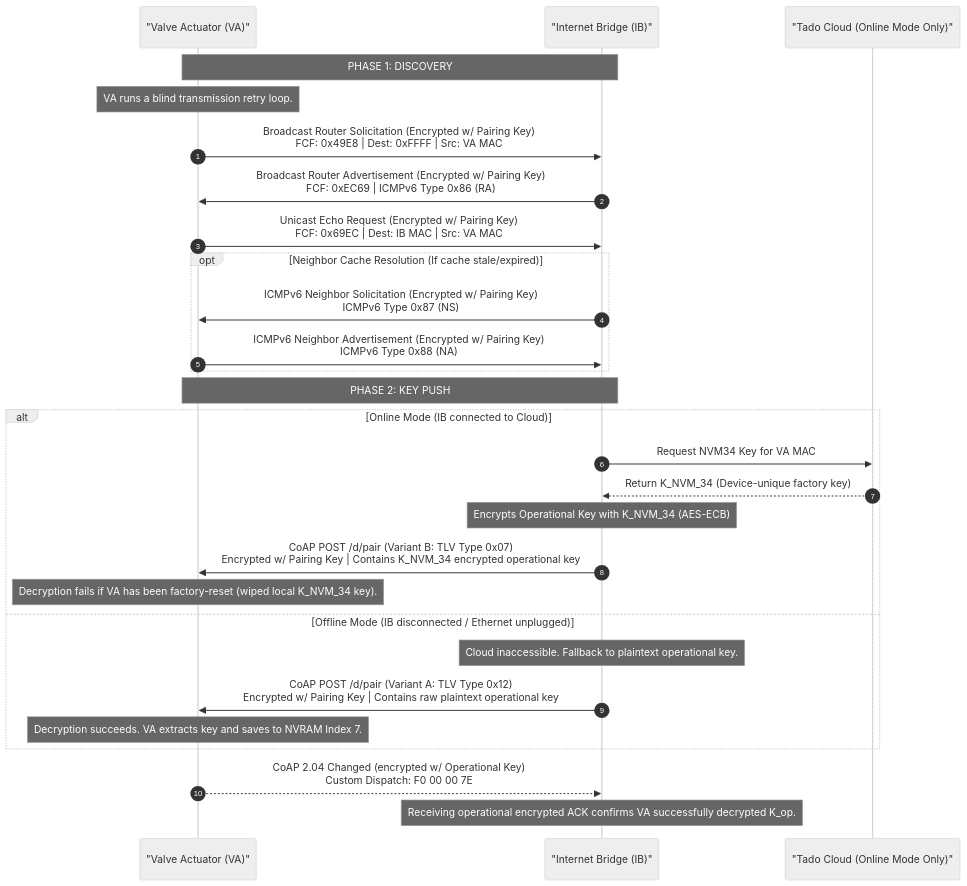
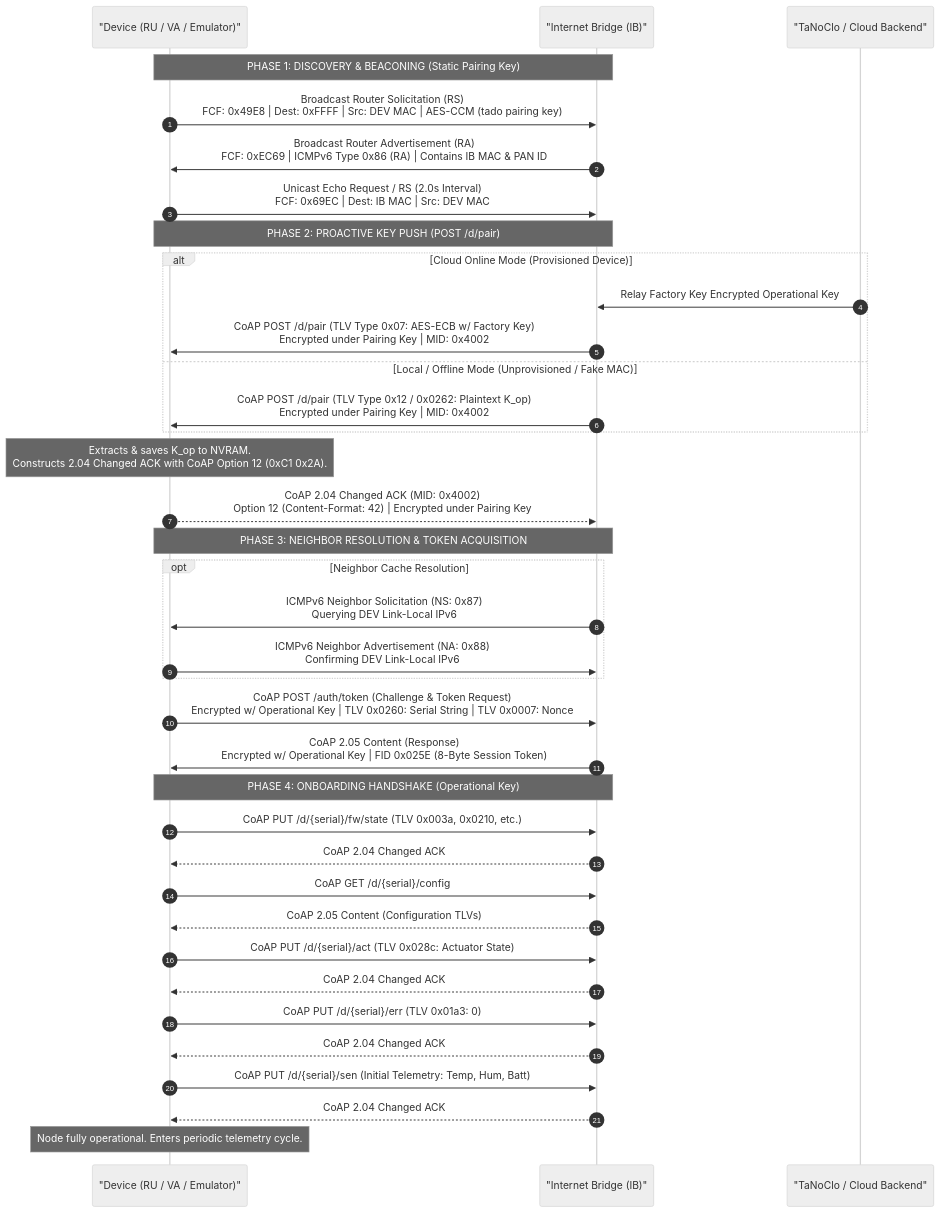
The diagram in docs/pairing.md (tanoclo/tanoclo), drawn with Mermaid (neutral theme) before and after one commit. The commit also changed other lines of this file and 18 other files, not shown here.

````diff
--- a/docs/pairing.md
+++ b/docs/pairing.md
@@ -20,35 +27,43 @@
 ```mermaid
 sequenceDiagram
     autonumber
-    participant VA as "Valve Actuator (VA)"
+    participant DEV as "Device (RU / VA / Emulator)"
     participant IB as "Internet Bridge (IB)"
-    participant Cloud as "Tado Cloud (Online Mode Only)"
+    participant Cloud as "TaNoClo / Cloud Backend"
 
-    Note over VA, IB: PHASE 1: DISCOVERY
-    Note over VA: VA runs a blind transmission retry loop.
-    VA->>IB: Broadcast Router Solicitation (Encrypted w/ Pairing Key)<br/>FCF: 0x49E8 | Dest: 0xFFFF | Src: VA MAC
-    IB->>VA: Broadcast Router Advertisement (Encrypted w/ Pairing Key)<br/>FCF: 0xEC69 | ICMPv6 Type 0x86 (RA)
+    Note over DEV, IB: PHASE 1: DISCOVERY & BEACONING (Static Pairing Key)
+    DEV->>IB: Broadcast Router Solicitation (RS)<br/>FCF: 0x49E8 | Dest: 0xFFFF | Src: DEV MAC | AES-CCM (tado pairing key)
+    IB->>DEV: Broadcast Router Advertisement (RA)<br/>FCF: 0xEC69 | ICMPv6 Type 0x86 (RA) | Contains IB MAC & PAN ID
+    DEV->>IB: Unicast Echo Request / RS (2.0s Interval)<br/>FCF: 0x69EC | Dest: IB MAC | Src: DEV MAC
 
-    VA->>IB: Unicast Echo Request (Encrypted w/ Pairing Key)<br/>FCF: 0x69EC | Dest: IB MAC | Src: VA MAC
-    
-    opt Neighbor Cache Resolution (If cache stale/expired)
-        IB->>VA: ICMPv6 Neighbor Solicitation (Encrypted w/ Pairing Key)<br/>ICMPv6 Type 0x87 (NS)
-        VA->>IB: ICMPv6 Neighbor Advertisement (Encrypted w/ Pairing Key)<br/>ICMPv6 Type 0x88 (NA)
+    Note over DEV, IB: PHASE 2: PROACTIVE KEY PUSH (POST /d/pair)
+    alt Cloud Online Mode (Provisioned Device)
+        Cloud->>IB: Relay Factory Key Encrypted Operational Key
+        IB->>DEV: CoAP POST /d/pair (TLV Type 0x07: AES-ECB w/ Factory Key)<br/>Encrypted under Pairing Key | MID: 0x4002
+    else Local / Offline Mode (Unprovisioned / Fake MAC)
+        IB->>DEV: CoAP POST /d/pair (TLV Type 0x12 / 0x0262: Plaintext K_op)<br/>Encrypted under Pairing Key | MID: 0x4002
     end
+    Note over DEV: Extracts & saves K_op to NVRAM.<br/>Constructs 2.04 Changed ACK with CoAP Option 12 (0xC1 0x2A).
+    DEV-->>IB: CoAP 2.04 Changed ACK (MID: 0x4002)<br/>Option 12 (Content-Format: 42) | Encrypted under Pairing Key
 
-    Note over VA, IB: PHASE 2: KEY PUSH
-    alt Online Mode (IB connected to Cloud)
-        IB->>Cloud: Request NVM34 Key for VA MAC
-        Cloud-->>IB: Return K_NVM_34 (Device-unique factory key)
-        Note over IB: Encrypts Operational Key with K_NVM_34 (AES-ECB)
-        IB->>VA: CoAP POST /d/pair (Variant B: TLV Type 0x07)<br/>Encrypted w/ Pairing Key | Contains K_NVM_34 encrypted operational key
-        Note over VA: Decryption fails if VA has been factory-reset (wiped local K_NVM_34 key).
-    else Offline Mode (IB disconnected / Ethernet unplugged)
-        Note over IB: Cloud inaccessible. Fallback to plaintext operational key.
-        IB->>VA: CoAP POST /d/pair (Variant A: TLV Type 0x12)<br/>Encrypted w/ Pairing Key | Contains raw plaintext operational key
-        Note over VA: Decryption succeeds. VA extracts key and saves to NVRAM Index 7.
+    Note over DEV, IB: PHASE 3: NEIGHBOR RESOLUTION & TOKEN ACQUISITION
+    opt Neighbor Cache Resolution
+        IB->>DEV: ICMPv6 Neighbor Solicitation (NS: 0x87)<br/>Querying DEV Link-Local IPv6
+        DEV->>IB: ICMPv6 Neighbor Advertisement (NA: 0x88)<br/>Confirming DEV Link-Local IPv6
     end
+    DEV->>IB: CoAP POST /auth/token (Challenge & Token Request)<br/>Encrypted w/ Operational Key | TLV 0x0260: Serial String | TLV 0x0007: Nonce
+    IB->>DEV: CoAP 2.05 Content (Response)<br/>Encrypted w/ Operational Key | FID 0x025E (8-Byte Session Token)
 
-    VA-->>IB: CoAP 2.04 Changed (encrypted w/ Operational Key)<br/>Custom Dispatch: F0 00 00 7E
-    Note over IB: Receiving operational encrypted ACK confirms VA successfully decrypted K_op.
+    Note over DEV, IB: PHASE 4: ONBOARDING HANDSHAKE (Operational Key)
+    DEV->>IB: CoAP PUT /d/{serial}/fw/state (TLV 0x003a, 0x0210, etc.)
+    IB-->>DEV: CoAP 2.04 Changed ACK
+    DEV->>IB: CoAP GET /d/{serial}/config
+    IB-->>DEV: CoAP 2.05 Content (Configuration TLVs)
+    DEV->>IB: CoAP PUT /d/{serial}/act (TLV 0x028c: Actuator State)
+    IB-->>DEV: CoAP 2.04 Changed ACK
+    DEV->>IB: CoAP PUT /d/{serial}/err (TLV 0x01a3: 0)
+    IB-->>DEV: CoAP 2.04 Changed ACK
+    DEV->>IB: CoAP PUT /d/{serial}/sen (Initial Telemetry: Temp, Hum, Batt)
+    IB-->>DEV: CoAP 2.04 Changed ACK
+    Note over DEV: Node fully operational. Enters periodic telemetry cycle.
 ```
````
